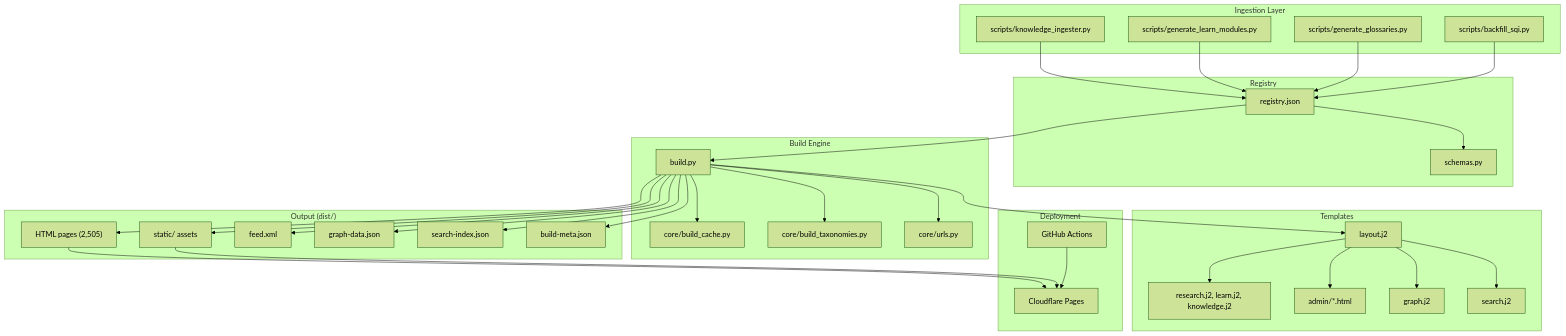
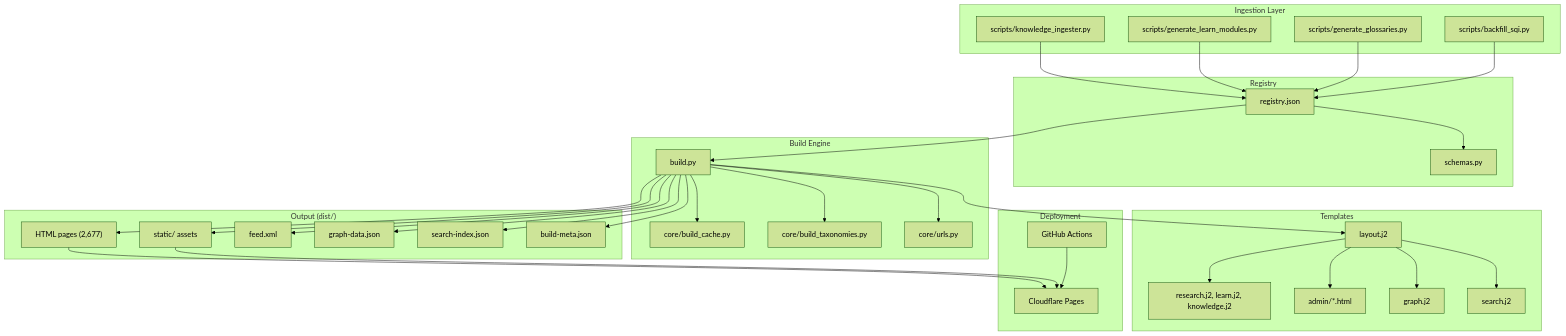
Before and after one commit to goneraleszek2-ship-it/acaciafund: the diagram in docs/01-architecture/overview.md, drawn with Mermaid (forest theme). The commit also changed 17 other files, not shown here.

````diff
--- a/docs/01-architecture/overview.md
+++ b/docs/01-architecture/overview.md
@@ -7,67 +7,67 @@
 ```mermaid
 graph TD
     subgraph "Ingestion Layer"
         KI["scripts/knowledge_ingester.py"]
         GM["scripts/generate_learn_modules.py"]
         GG["scripts/generate_glossaries.py"]
         BS["scripts/backfill_sqi.py"]
     end
 
     subgraph "Registry"
         RJ["registry.json"]
         SCHEMA["schemas.py"]
     end
 
     subgraph "Build Engine"
         BP["build.py"]
         BC["core/build_cache.py"]
         BT["core/build_taxonomies.py"]
         URLS["core/urls.py"]
     end
 
     subgraph "Templates"
         LAYOUT["layout.j2"]
         PAGES["research.j2, learn.j2, knowledge.j2"]
         ADMIN["admin/*.html"]
         GRAPH["graph.j2"]
         SEARCH["search.j2"]
     end
 
     subgraph "Output (dist/)"
-        HTML["HTML pages (2,505)"]
+        HTML["HTML pages (2,677)"]
         STATIC["static/ assets"]
         FEED["feed.xml"]
         GRAPHDATA["graph-data.json"]
         SEARCHIDX["search-index.json"]
         META["build-meta.json"]
     end
 
     subgraph "Deployment"
         CF["Cloudflare Pages"]
         GH["GitHub Actions"]
     end
 
     KI --> RJ
     GM --> RJ
     GG --> RJ
     BS --> RJ
     RJ --> SCHEMA
     RJ --> BP
     BP --> BC
     BP --> BT
     BP --> URLS
     BP --> LAYOUT
     LAYOUT --> PAGES
     LAYOUT --> ADMIN
     LAYOUT --> GRAPH
     LAYOUT --> SEARCH
     BP --> HTML
     BP --> STATIC
     BP --> FEED
     BP --> GRAPHDATA
     BP --> SEARCHIDX
     BP --> META
     HTML --> CF
     STATIC --> CF
     GH --> CF
 ```
````
